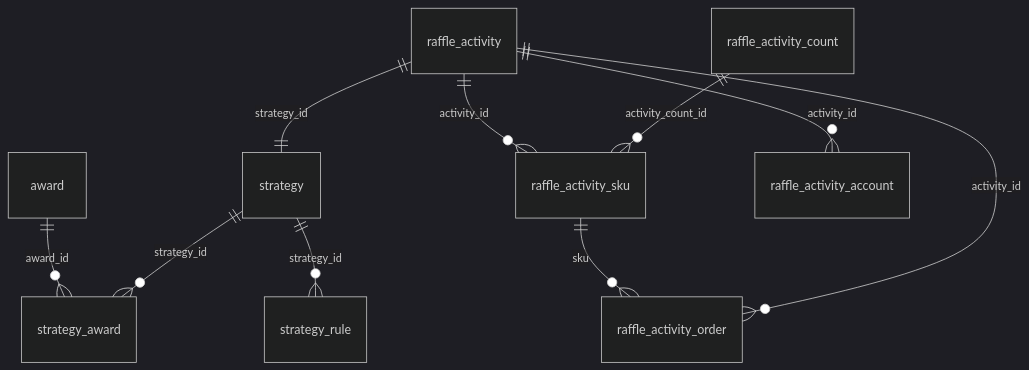
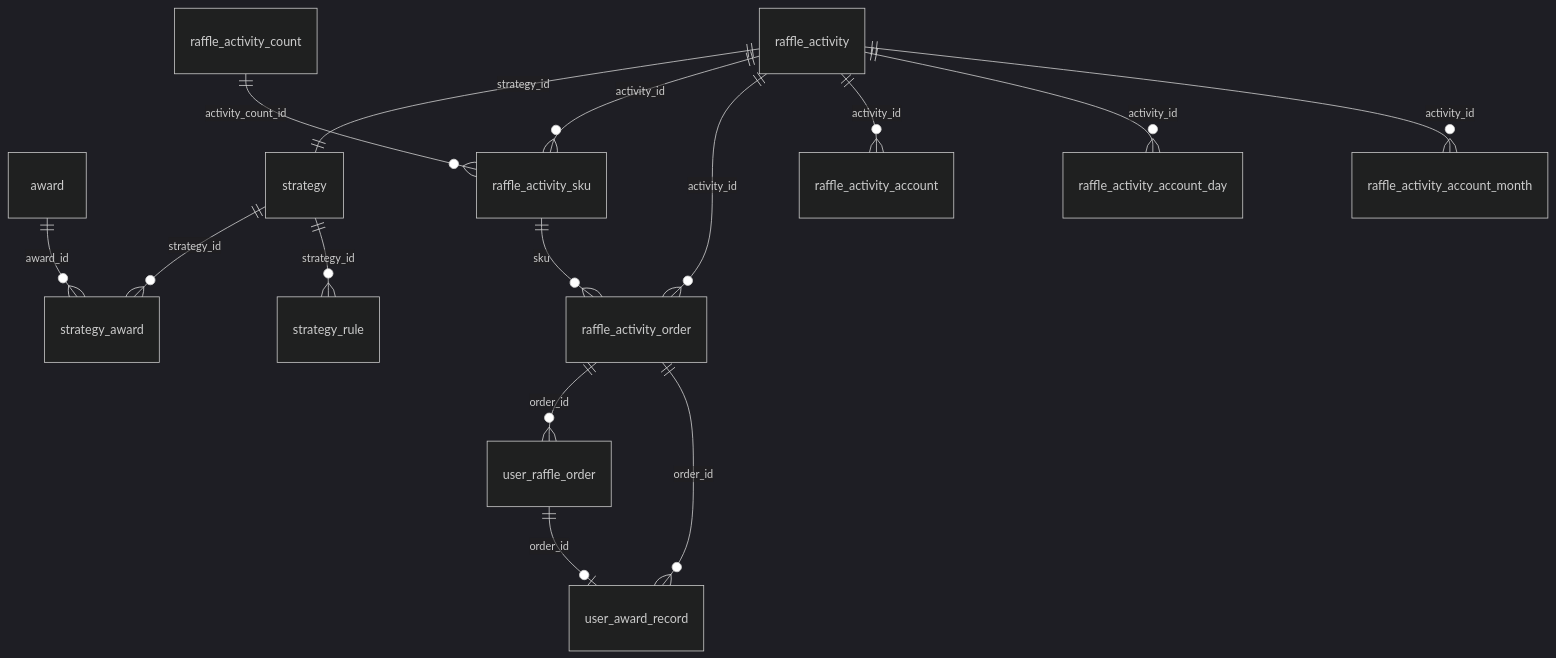
Before and after one commit to xiaomage007/marketing: the diagram in docs/dev-ops/mysql/数据库设计文档.md, drawn with Mermaid (dark theme). The commit also changed other lines of this file and 10 other files, not shown here.

````diff
--- a/docs/dev-ops/mysql/数据库设计文档.md
+++ b/docs/dev-ops/mysql/数据库设计文档.md
@@ -63,12 +74,17 @@
 ```mermaid
 erDiagram
     award ||--o{ strategy_award : "award_id"
     strategy ||--o{ strategy_award : "strategy_id"
     strategy ||--o{ strategy_rule : "strategy_id"
     raffle_activity ||--|| strategy : "strategy_id"
     raffle_activity ||--o{ raffle_activity_sku : "activity_id"
     raffle_activity_count ||--o{ raffle_activity_sku : "activity_count_id"
     raffle_activity_sku ||--o{ raffle_activity_order : "sku"
     raffle_activity ||--o{ raffle_activity_order : "activity_id"
     raffle_activity ||--o{ raffle_activity_account : "activity_id"
+    raffle_activity ||--o{ raffle_activity_account_day : "activity_id"
+    raffle_activity ||--o{ raffle_activity_account_month : "activity_id"
+    raffle_activity_order ||--o{ user_raffle_order : "order_id"
+    raffle_activity_order ||--o{ user_award_record : "order_id"
+    user_raffle_order ||--o| user_award_record : "order_id"
 ```
````
